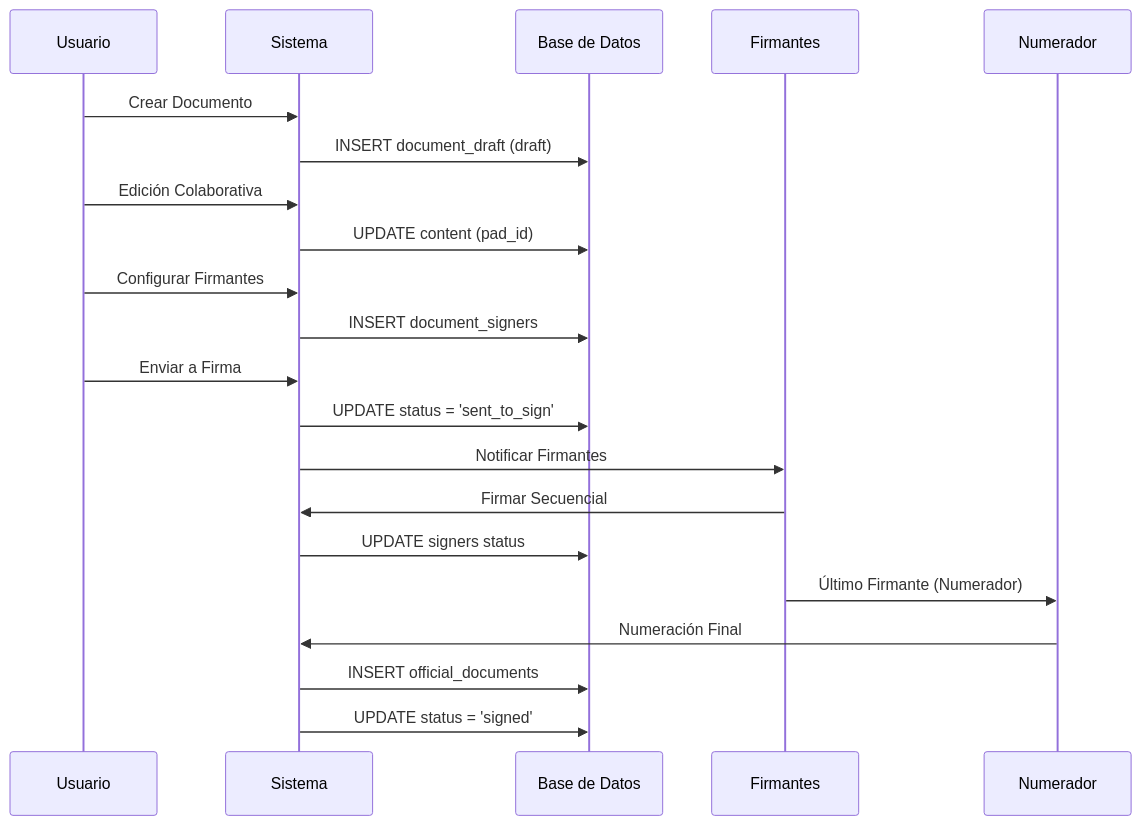
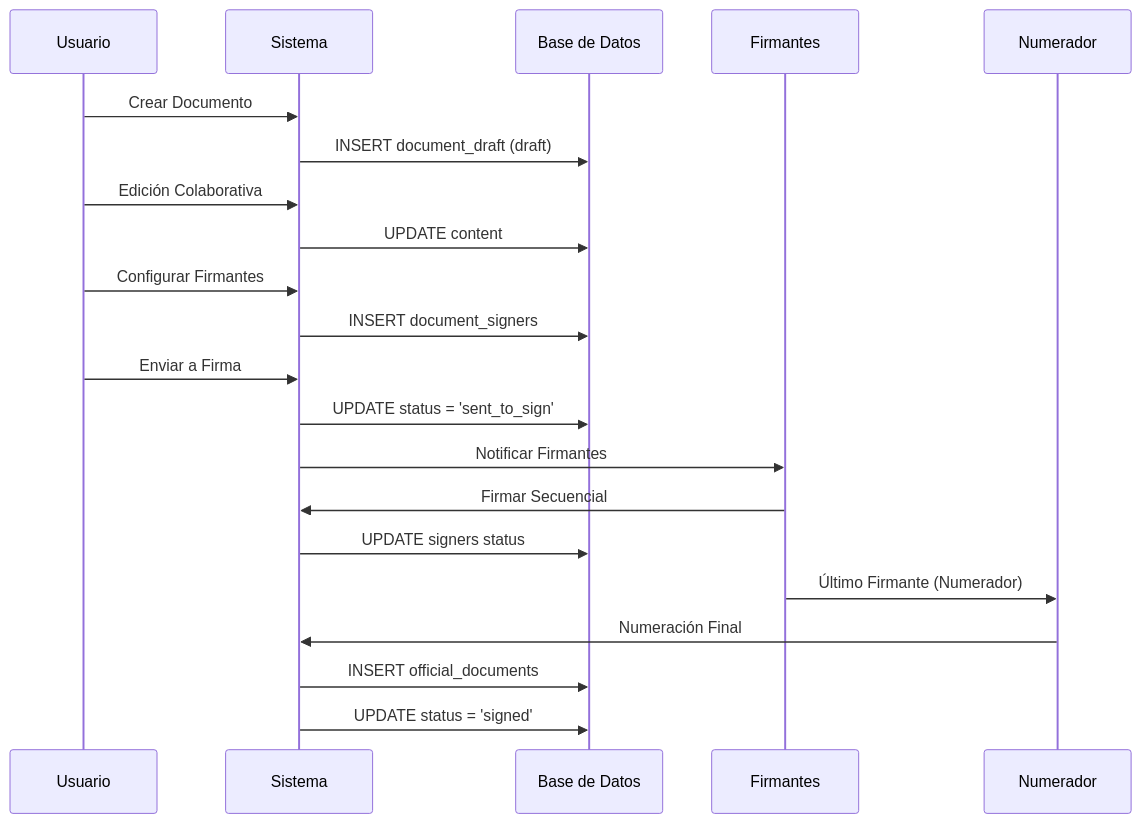
The diagram in docs/documentos/flujo-creacion.md (GestionDocumentalInteligente/Docs-Site), drawn with Mermaid before and after one commit. The commit also changed other lines of this file and 5 other files, not shown here.

````diff
--- a/docs/documentos/flujo-creacion.md
+++ b/docs/documentos/flujo-creacion.md
@@ -506,24 +498,24 @@
 ```mermaid
 sequenceDiagram
     participant U as Usuario
     participant S as Sistema
     participant DB as Base de Datos
     participant F as Firmantes
     participant N as Numerador
 
     U->>S: Crear Documento
     S->>DB: INSERT document_draft (draft)
     U->>S: Edición Colaborativa
-    S->>DB: UPDATE content (pad_id)
+    S->>DB: UPDATE content
     U->>S: Configurar Firmantes
     S->>DB: INSERT document_signers
     U->>S: Enviar a Firma
     S->>DB: UPDATE status = 'sent_to_sign'
     S->>F: Notificar Firmantes
     F->>S: Firmar Secuencial
     S->>DB: UPDATE signers status
     F->>N: Último Firmante (Numerador)
     N->>S: Numeración Final
     S->>DB: INSERT official_documents
     S->>DB: UPDATE status = 'signed'
 ```
````
